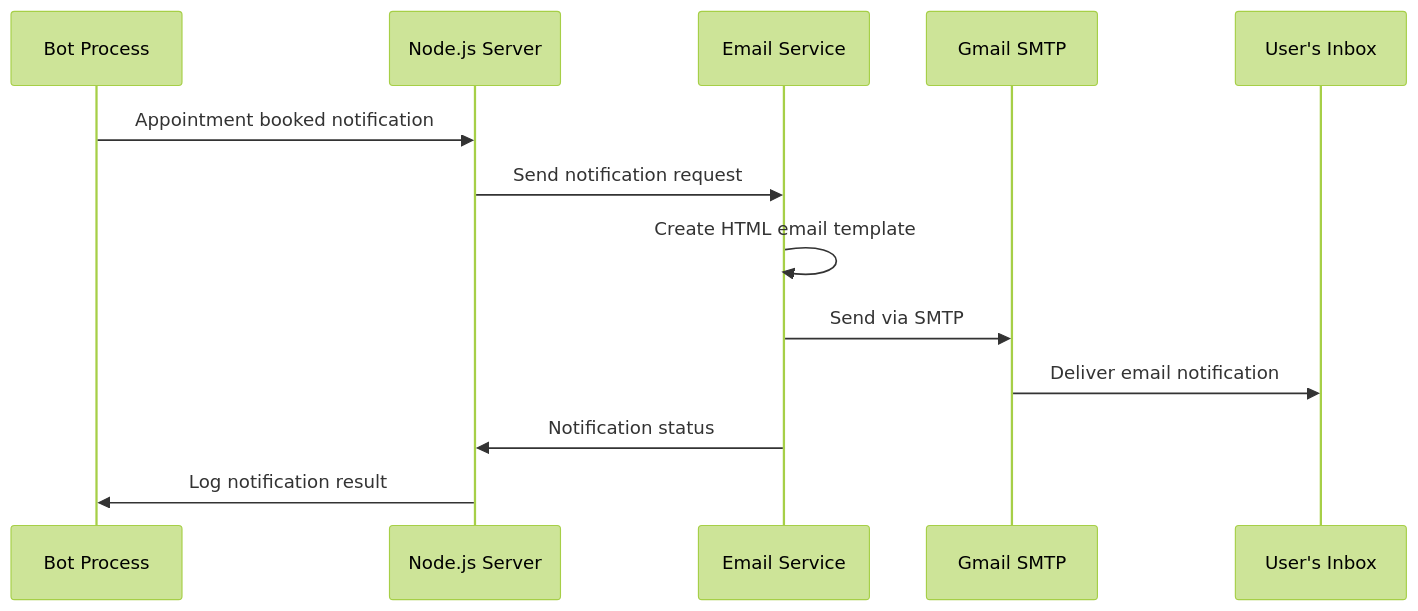
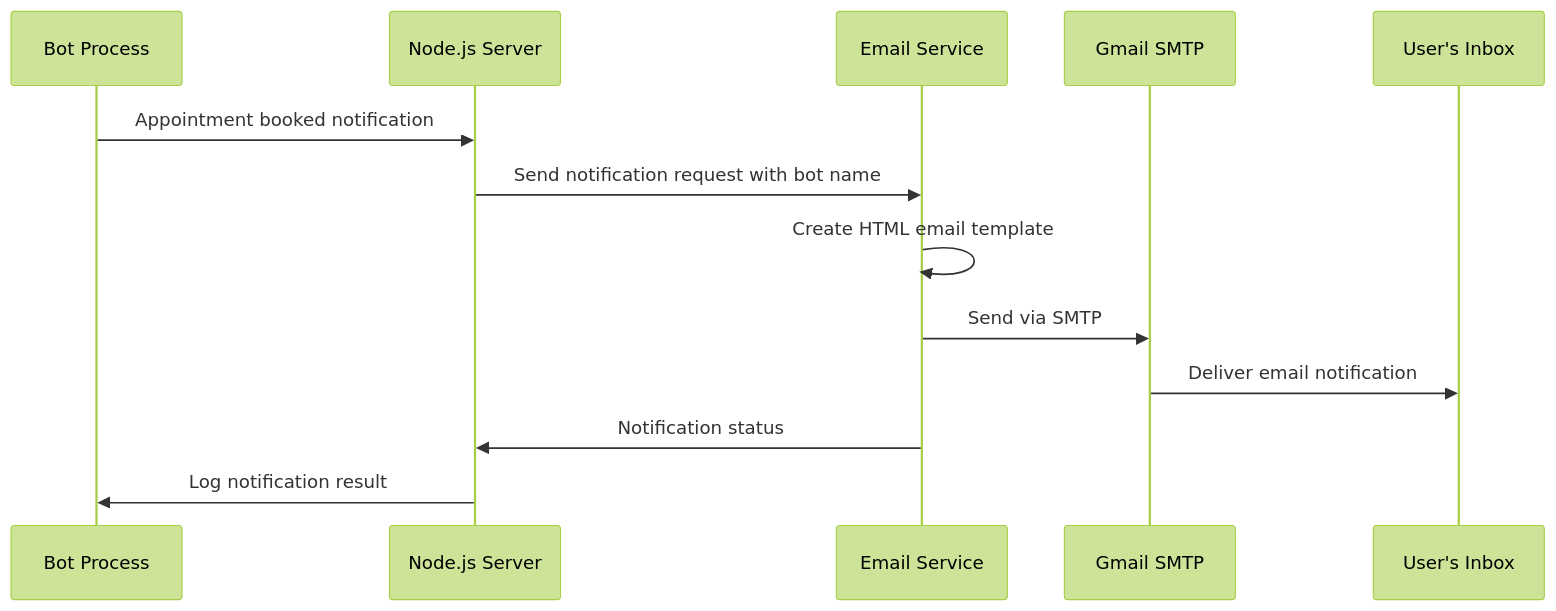
Before and after one commit to jaskaran-online/USA-VISA-Bot: the sixth of 8 diagrams in docs/DOCUMENTATION.md, drawn with Mermaid (forest theme). The commit also changed other lines of this file and 6 other files, not shown here.

````diff
--- a/docs/DOCUMENTATION.md
+++ b/docs/DOCUMENTATION.md
@@ -177,16 +209,16 @@
 ```mermaid
 sequenceDiagram
     participant Bot as Bot Process
     participant Server as Node.js Server
     participant Email as Email Service
     participant Gmail as Gmail SMTP
     participant User as User's Inbox
     
     Bot->>Server: Appointment booked notification
-    Server->>Email: Send notification request
+    Server->>Email: Send notification request with bot name
     Email->>Email: Create HTML email template
     Email->>Gmail: Send via SMTP
     Gmail->>User: Deliver email notification
     Email->>Server: Notification status
     Server->>Bot: Log notification result
 ```
````
